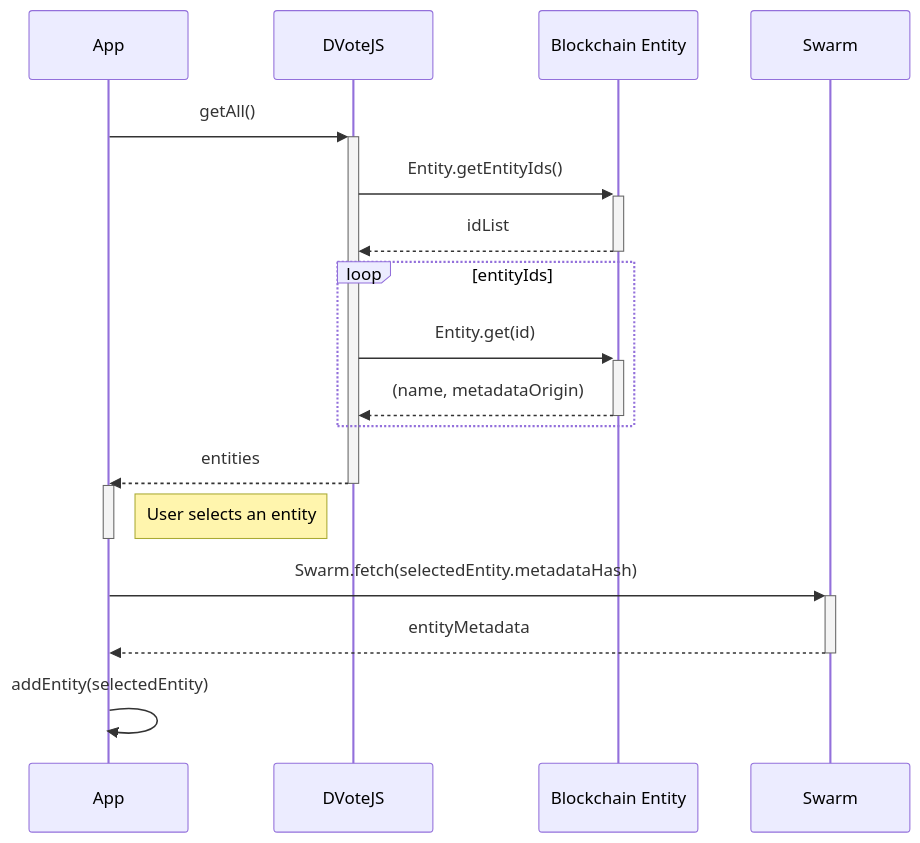
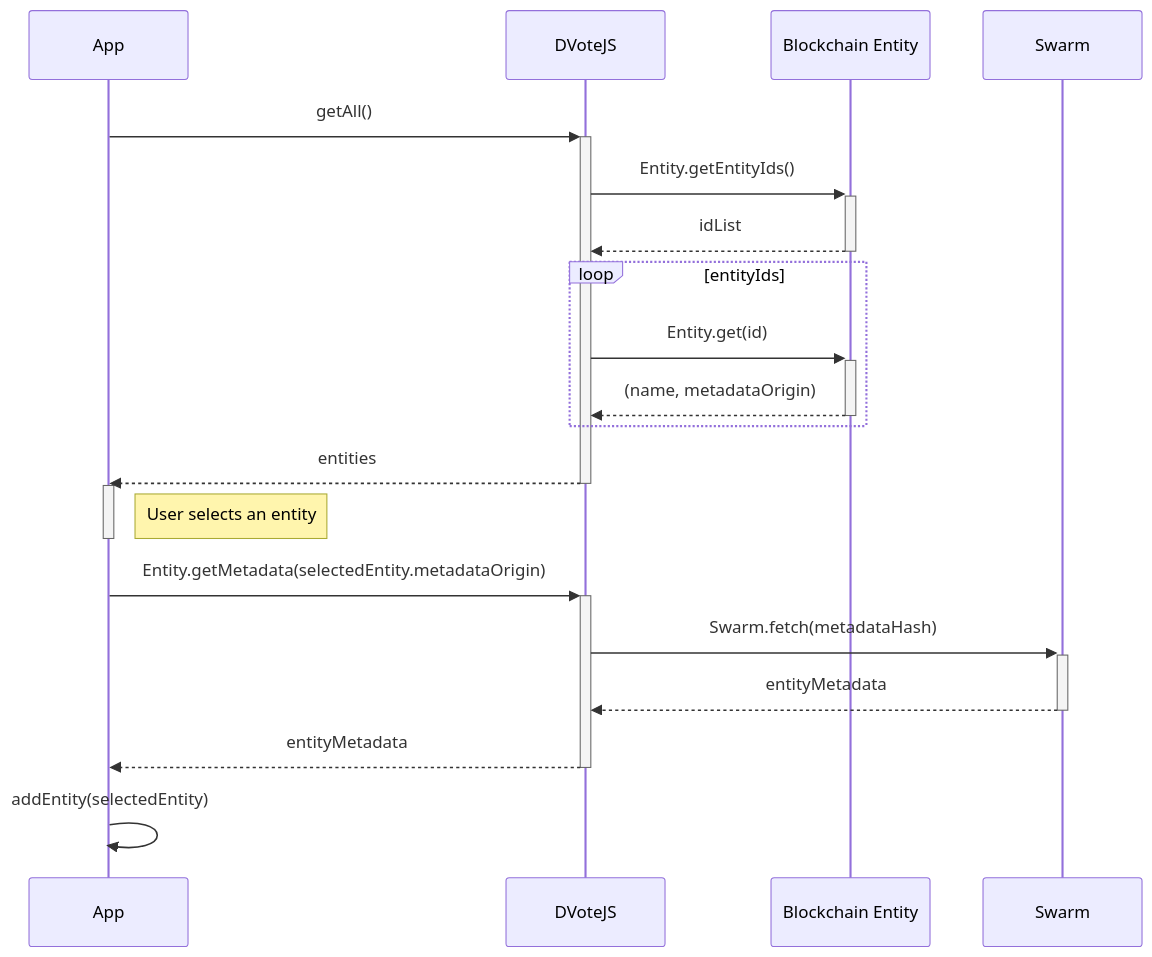
Before and after one commit to vocdoni/docs: the fourth of 5 diagrams in docs/protocol/sequence-diagrams.md, drawn with Mermaid. The commit also changed other lines of this file and 2 other files, not shown here.

Commit message:
Adding aign up diagram

````diff
--- a/docs/protocol/sequence-diagrams.md
+++ b/docs/protocol/sequence-diagrams.md
@@ -53,24 +54,25 @@
 ```mermaid
 sequenceDiagram
     App->>+DVoteJS: getAll()
 
-    DVoteJS->>+Blockchain Entity: Entity.getEntityIds()
-    Blockchain Entity-->>-DVoteJS: idList
+        DVoteJS->>+Blockchain Entity: Entity.getEntityIds()
+        Blockchain Entity-->>-DVoteJS: idList
 
-    loop entityIds
-        DVoteJS->>+Blockchain Entity: Entity.get(id)
-        Blockchain Entity-->>-DVoteJS: (name, metadataOrigin)
-    end
+        loop entityIds
+            DVoteJS->>+Blockchain Entity: Entity.get(id)
+            Blockchain Entity-->>-DVoteJS: (name, metadataOrigin)
+        end
 
     DVoteJS-->>-App: entities
 
     activate App
-    Note right of App: User selects an entity
+        Note right of App: User selects an entity
     deactivate App
 
-    App->>+Swarm: Swarm.fetch(selectedEntity.metadataHash)
-    Swarm-->>-App: entityMetadata
+    App->>+DVoteJS: Entity.getMetadata(selectedEntity.metadataOrigin)
+        DVoteJS->>+Swarm: Swarm.fetch(metadataHash)
+        Swarm-->>-DVoteJS: entityMetadata
+    DVoteJS-->>-App: entityMetadata
 
     App->>App: addEntity(selectedEntity)
-
 ```
````
